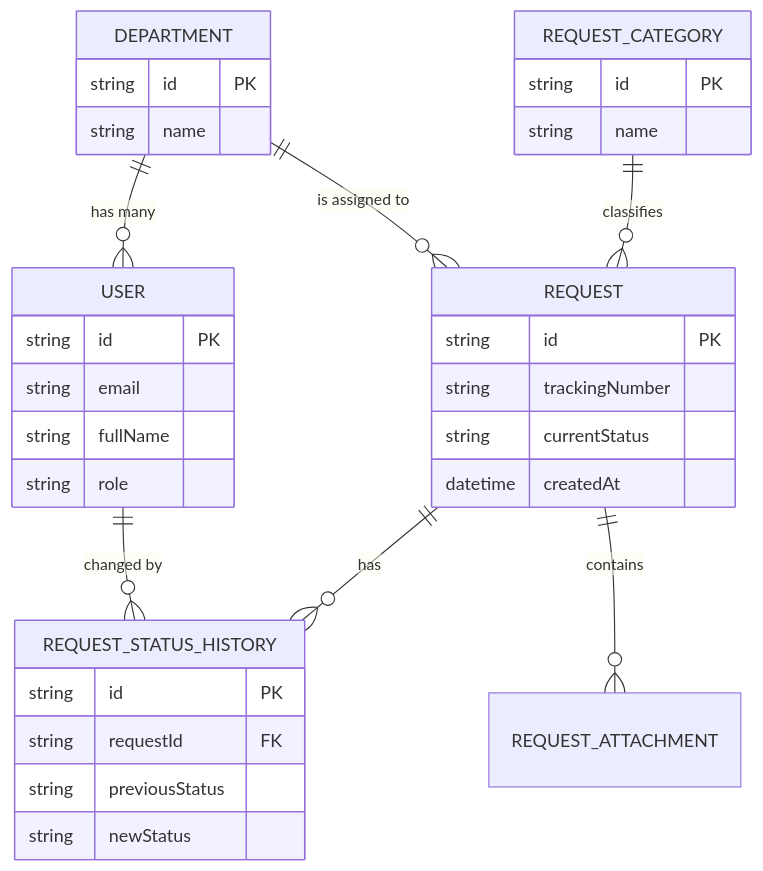
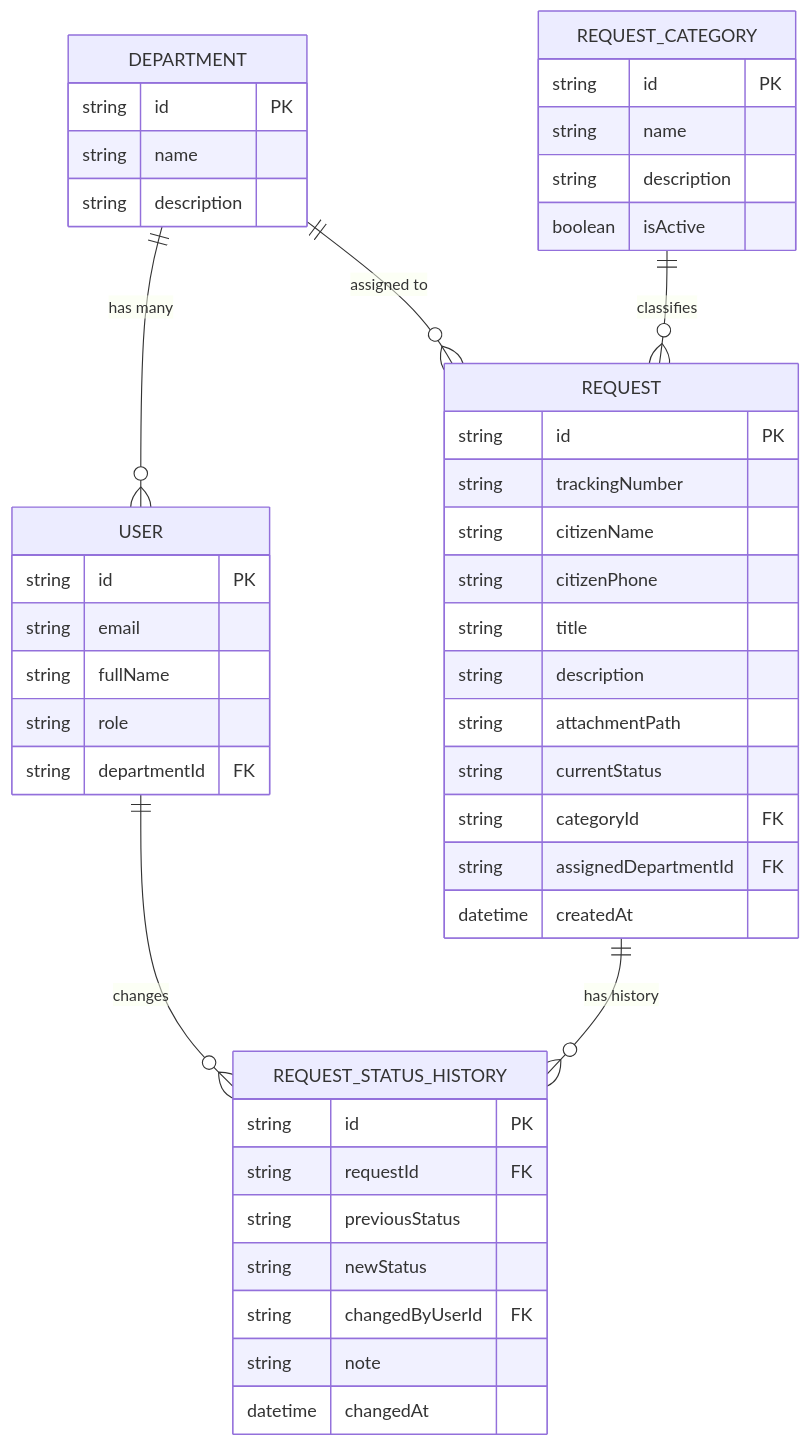
Before and after one commit to expellirmud-dot/citizen-portal: the fourth of 4 diagrams in docs/SYSTEM_DIAGRAMS.md, drawn with Mermaid. The commit also changed 4 other files, not shown here.

````diff
--- a/docs/SYSTEM_DIAGRAMS.md
+++ b/docs/SYSTEM_DIAGRAMS.md
@@ -81,40 +81,53 @@
 ```mermaid
 erDiagram
     DEPARTMENT ||--o{ USER : "has many"
-    DEPARTMENT ||--o{ REQUEST : "is assigned to"
+    DEPARTMENT ||--o{ REQUEST : "assigned to"
     REQUEST_CATEGORY ||--o{ REQUEST : "classifies"
-    USER ||--o{ REQUEST_STATUS_HISTORY : "changed by"
-    REQUEST ||--o{ REQUEST_STATUS_HISTORY : "has"
-    REQUEST ||--o{ REQUEST_ATTACHMENT : "contains"
+    USER ||--o{ REQUEST_STATUS_HISTORY : "changes"
+    REQUEST ||--o{ REQUEST_STATUS_HISTORY : "has history"
 
     USER {
         string id PK
         string email
         string fullName
         string role
+        string departmentId FK
     }
 
     DEPARTMENT {
         string id PK
         string name
+        string description
     }
 
     REQUEST_CATEGORY {
         string id PK
         string name
+        string description
+        boolean isActive
     }
 
     REQUEST {
         string id PK
         string trackingNumber
+        string citizenName
+        string citizenPhone
+        string title
+        string description
+        string attachmentPath
         string currentStatus
+        string categoryId FK
+        string assignedDepartmentId FK
         datetime createdAt
     }
 
     REQUEST_STATUS_HISTORY {
         string id PK
         string requestId FK
         string previousStatus
         string newStatus
+        string changedByUserId FK
+        string note
+        datetime changedAt
     }
 ```
````
